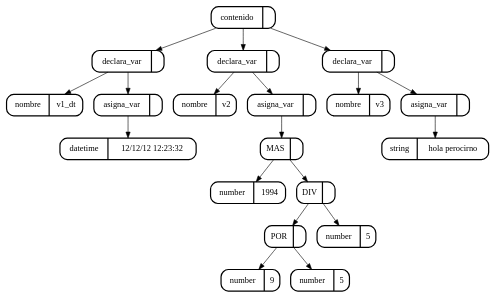
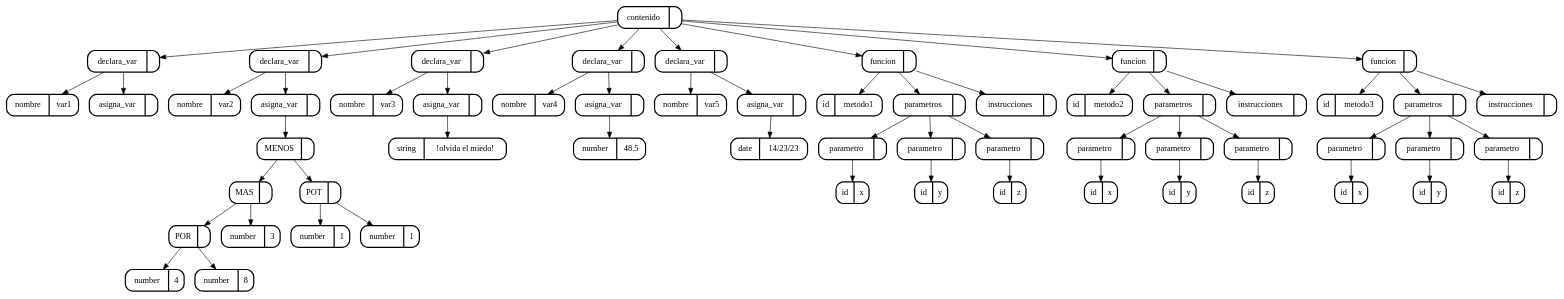
The diagram in USAC_WEB/Imagenes/arbol_cjs.dot (skrillfer/1s2018_CMP2P1), drawn with Graphviz before and after one commit. The commit also changed 12 other files, not shown here.

```diff
--- a/USAC_WEB/Imagenes/arbol_cjs.dot
+++ b/USAC_WEB/Imagenes/arbol_cjs.dot
@@ -1,41 +1,119 @@
 digraph G {
 node[shape=Mrecord]
-5[label="contenido | ",style=bold]
-3[label="declara_var | ",style=bold]
-{5}->{3}
-4[label="nombre | v1_dt",style=bold]
-{3}->{4}
-2[label="asigna_var | ",style=bold]
-{3}->{2}
-1[label="datetime | 12/12/12 12:23:32",style=bold]
+4[label="contenido | ",style=bold]
+2[label="declara_var | ",style=bold]
+{4}->{2}
+3[label="nombre | var1",style=bold]
+{2}->{3}
+1[label="asigna_var | ",style=bold]
 {2}->{1}
-14[label="declara_var | ",style=bold]
-{5}->{14}
-15[label="nombre | v2",style=bold]
-{14}->{15}
-13[label="asigna_var | ",style=bold]
+15[label="declara_var | ",style=bold]
+{4}->{15}
+16[label="nombre | var2",style=bold]
+{15}->{16}
+14[label="asigna_var | ",style=bold]
+{15}->{14}
+13[label="MENOS | ",style=bold]
 {14}->{13}
-12[label="MAS | ",style=bold]
+9[label="MAS | ",style=bold]
+{13}->{9}
+7[label="POR | ",style=bold]
+{9}->{7}
+5[label="number | 4",style=bold]
+{7}->{5}
+6[label="number | 8",style=bold]
+{7}->{6}
+8[label="number | 3",style=bold]
+{9}->{8}
+12[label="POT | ",style=bold]
 {13}->{12}
-6[label="number | 1994",style=bold]
-{12}->{6}
-11[label="DIV | ",style=bold]
+10[label="number | 1",style=bold]
+{12}->{10}
+11[label="number | 1",style=bold]
 {12}->{11}
-9[label="POR | ",style=bold]
-{11}->{9}
-7[label="number | 9",style=bold]
-{9}->{7}
-8[label="number | 5",style=bold]
-{9}->{8}
-10[label="number | 5",style=bold]
-{11}->{10}
-18[label="declara_var | ",style=bold]
-{5}->{18}
-19[label="nombre | v3",style=bold]
-{18}->{19}
-17[label="asigna_var | ",style=bold]
+19[label="declara_var | ",style=bold]
+{4}->{19}
+20[label="nombre | var3",style=bold]
+{19}->{20}
+18[label="asigna_var | ",style=bold]
+{19}->{18}
+17[label="string | !olvida el miedo!",style=bold]
 {18}->{17}
-16[label="string | hola perocirno",style=bold]
-{17}->{16}
+23[label="declara_var | ",style=bold]
+{4}->{23}
+24[label="nombre | var4",style=bold]
+{23}->{24}
+22[label="asigna_var | ",style=bold]
+{23}->{22}
+21[label="number | 48.5",style=bold]
+{22}->{21}
+27[label="declara_var | ",style=bold]
+{4}->{27}
+28[label="nombre | var5",style=bold]
+{27}->{28}
+26[label="asigna_var | ",style=bold]
+{27}->{26}
+25[label="date | 14/23/23",style=bold]
+{26}->{25}
+37[label="funcion | ",style=bold]
+{4}->{37}
+38[label="id | metodo1",style=bold]
+{37}->{38}
+29[label="parametros | ",style=bold]
+{37}->{29}
+30[label="parametro | ",style=bold]
+{29}->{30}
+31[label="id | x",style=bold]
+{30}->{31}
+32[label="parametro | ",style=bold]
+{29}->{32}
+33[label="id | y",style=bold]
+{32}->{33}
+34[label="parametro | ",style=bold]
+{29}->{34}
+35[label="id | z",style=bold]
+{34}->{35}
+36[label="instrucciones | ",style=bold]
+{37}->{36}
+47[label="funcion | ",style=bold]
+{4}->{47}
+48[label="id | metodo2",style=bold]
+{47}->{48}
+39[label="parametros | ",style=bold]
+{47}->{39}
+40[label="parametro | ",style=bold]
+{39}->{40}
+41[label="id | x",style=bold]
+{40}->{41}
+42[label="parametro | ",style=bold]
+{39}->{42}
+43[label="id | y",style=bold]
+{42}->{43}
+44[label="parametro | ",style=bold]
+{39}->{44}
+45[label="id | z",style=bold]
+{44}->{45}
+46[label="instrucciones | ",style=bold]
+{47}->{46}
+57[label="funcion | ",style=bold]
+{4}->{57}
+58[label="id | metodo3",style=bold]
+{57}->{58}
+49[label="parametros | ",style=bold]
+{57}->{49}
+50[label="parametro | ",style=bold]
+{49}->{50}
+51[label="id | x",style=bold]
+{50}->{51}
+52[label="parametro | ",style=bold]
+{49}->{52}
+53[label="id | y",style=bold]
+{52}->{53}
+54[label="parametro | ",style=bold]
+{49}->{54}
+55[label="id | z",style=bold]
+{54}->{55}
+56[label="instrucciones | ",style=bold]
+{57}->{56}
 
 }
```
